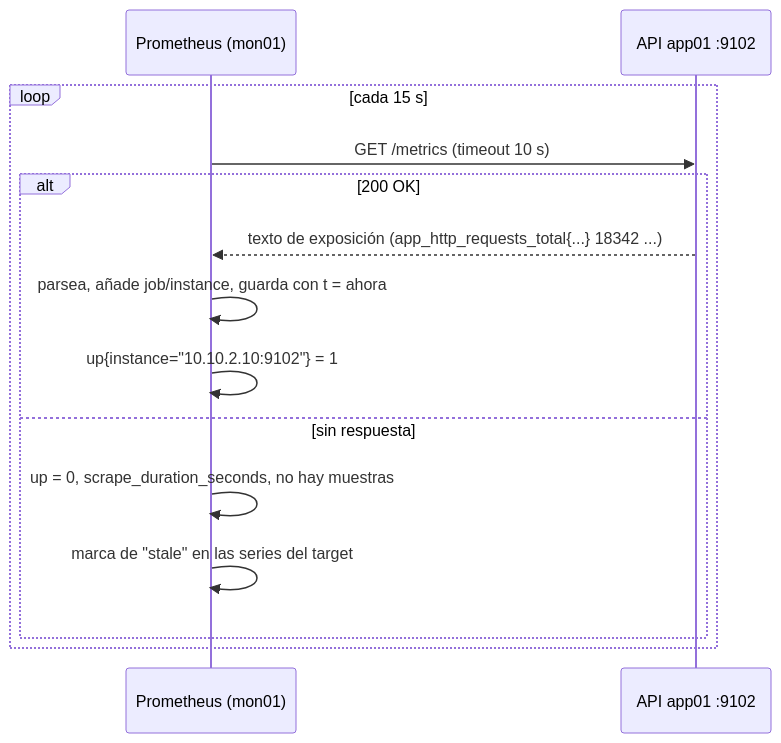
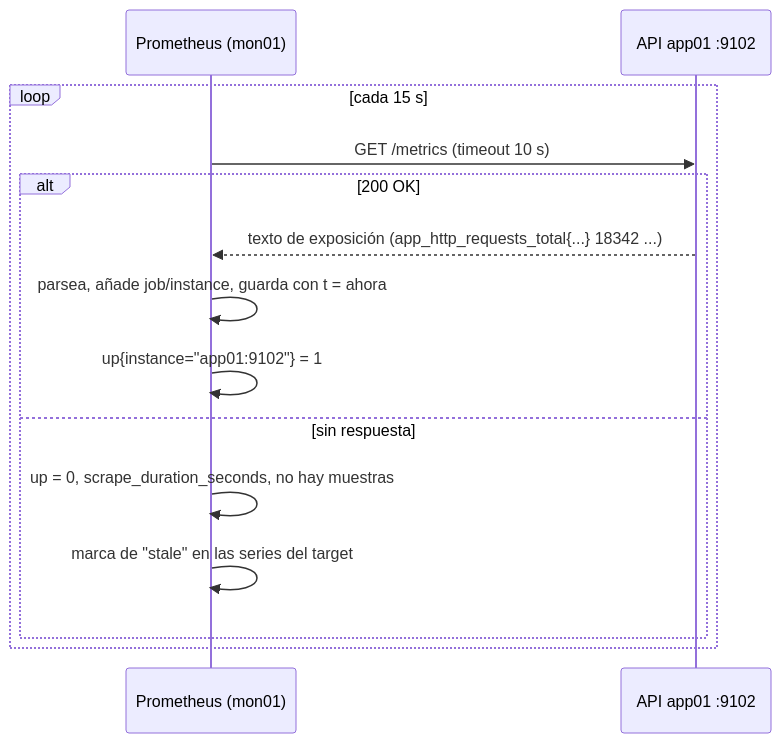
One commit to victor-educ/apuntes-5169 changed the eighth of 8 diagrams in docs/ut/ut1-observabilidad.md. Above: the diagram before and after it, drawn with Mermaid. The commit also changed other lines of this file and 16 other files, not shown here.

````diff
--- a/docs/ut/ut1-observabilidad.md
+++ b/docs/ut/ut1-observabilidad.md
@@ -1220,16 +1297,16 @@
 ```mermaid
 sequenceDiagram
     participant P as Prometheus (mon01)
     participant T as API app01 :9102
     loop cada 15 s
         P->>T: GET /metrics (timeout 10 s)
         alt 200 OK
             T-->>P: texto de exposición (app_http_requests_total{...} 18342 ...)
             P->>P: parsea, añade job/instance, guarda con t = ahora
-            P->>P: up{instance="10.10.2.10:9102"} = 1
+            P->>P: up{instance="app01:9102"} = 1
         else sin respuesta
             P->>P: up = 0, scrape_duration_seconds, no hay muestras
             P->>P: marca de "stale" en las series del target
         end
     end
 ```
````
